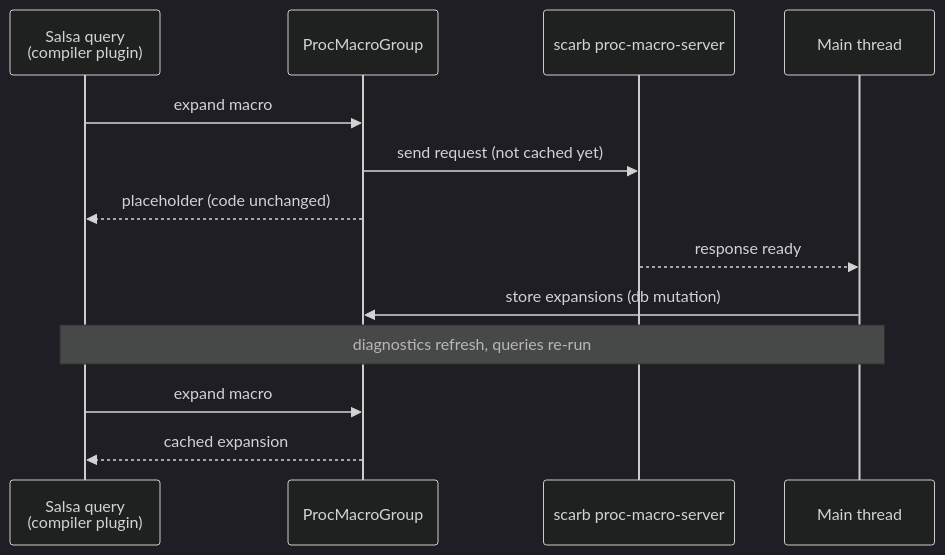
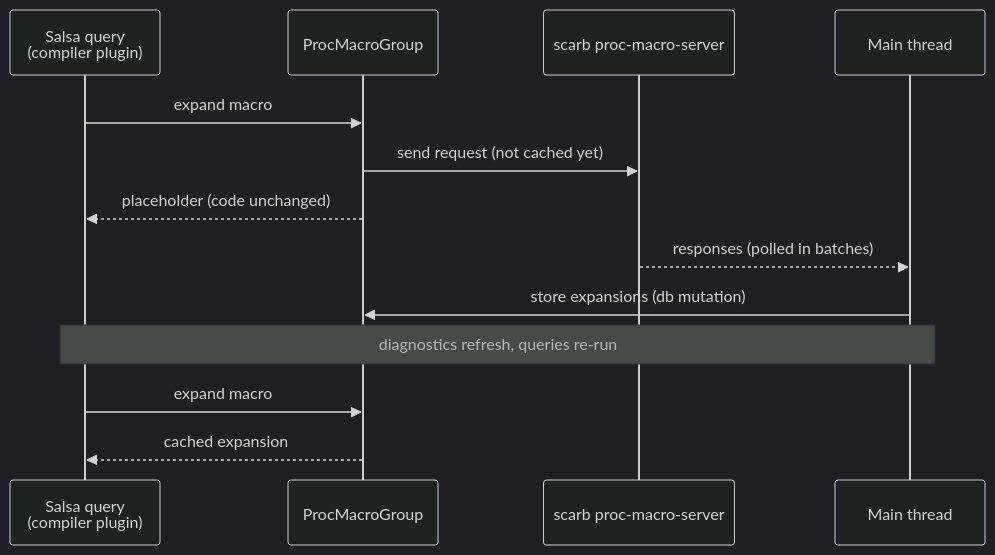
One commit to software-mansion/cairols changed the seventh of 7 diagrams in ARCHITECTURE.md. Above: the diagram before and after it, drawn with Mermaid (dark theme). The commit also changed other lines of this file, not shown here.

Commit message:
Adjustments and simplification of graphs

````diff
--- a/ARCHITECTURE.md
+++ b/ARCHITECTURE.md
@@ -265,15 +258,15 @@
 ```mermaid
 sequenceDiagram
     participant Q as Salsa query<br/>(compiler plugin)
     participant DB as ProcMacroGroup
     participant PMS as scarb proc-macro-server
     participant M as Main thread
     Q->>DB: expand macro
     DB->>PMS: send request (not cached yet)
     DB-->>Q: placeholder (code unchanged)
-    PMS-->>M: response ready
+    PMS-->>M: responses (polled in batches)
     M->>DB: store expansions (db mutation)
     Note over Q,M: diagnostics refresh, queries re-run
     Q->>DB: expand macro
     DB-->>Q: cached expansion
 ```
````
